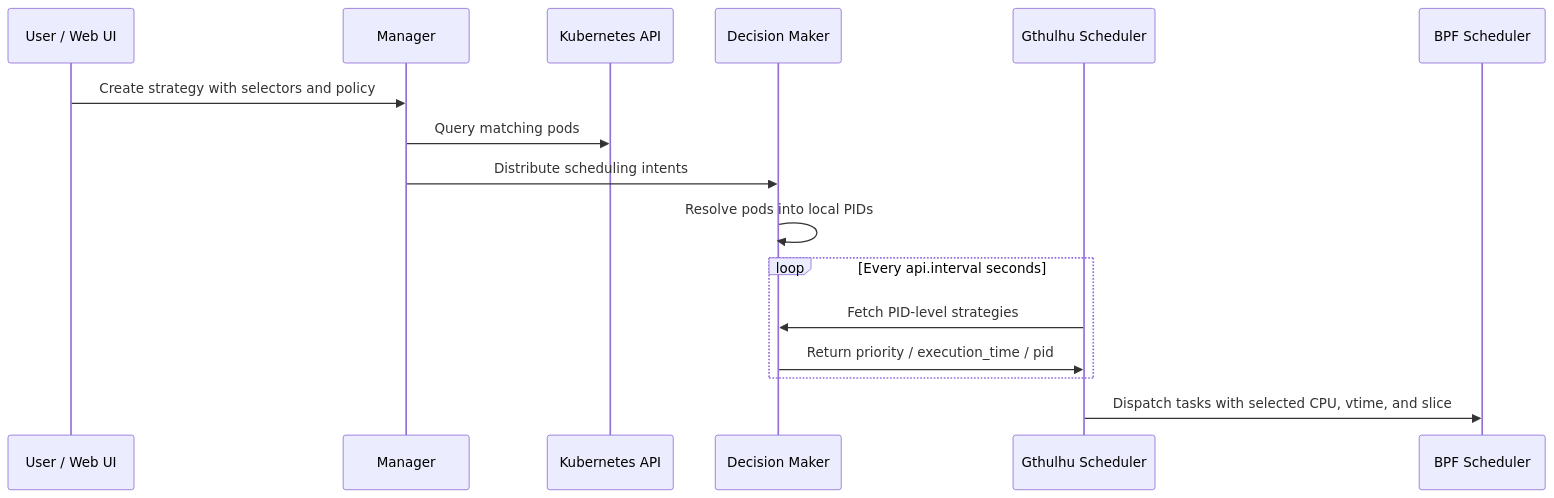
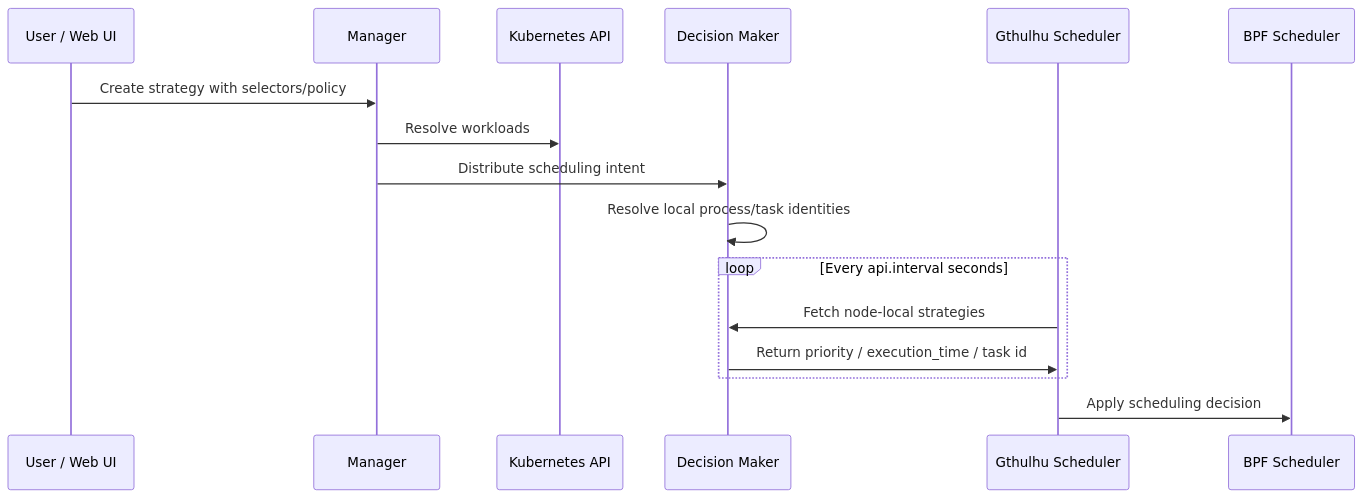
One commit to Gthulhu/docs changed the third of 3 diagrams in docs/how-it-works.md. Above: the diagram before and after it, drawn with Mermaid. The commit also changed other lines of this file, not shown here.

Commit message:
docs: document TID-aware scheduling semantics

````diff
--- a/docs/how-it-works.md
+++ b/docs/how-it-works.md
@@ -102,21 +79,21 @@
 ```mermaid
 sequenceDiagram
     participant U as User / Web UI
     participant M as Manager
     participant K as Kubernetes API
     participant DM as Decision Maker
     participant G as Gthulhu Scheduler
     participant B as BPF Scheduler
 
-    U->>M: Create strategy with selectors and policy
-    M->>K: Query matching pods
-    M->>DM: Distribute scheduling intents
-    DM->>DM: Resolve pods into local PIDs
+    U->>M: Create strategy with selectors/policy
+    M->>K: Resolve workloads
+    M->>DM: Distribute scheduling intent
+    DM->>DM: Resolve local process/task identities
 
     loop Every api.interval seconds
-        G->>DM: Fetch PID-level strategies
-        DM->>G: Return priority / execution_time / pid
+        G->>DM: Fetch node-local strategies
+        DM->>G: Return priority / execution_time / task id
     end
 
-    G->>B: Dispatch tasks with selected CPU, vtime, and slice
+    G->>B: Apply scheduling decision
 ```
````
